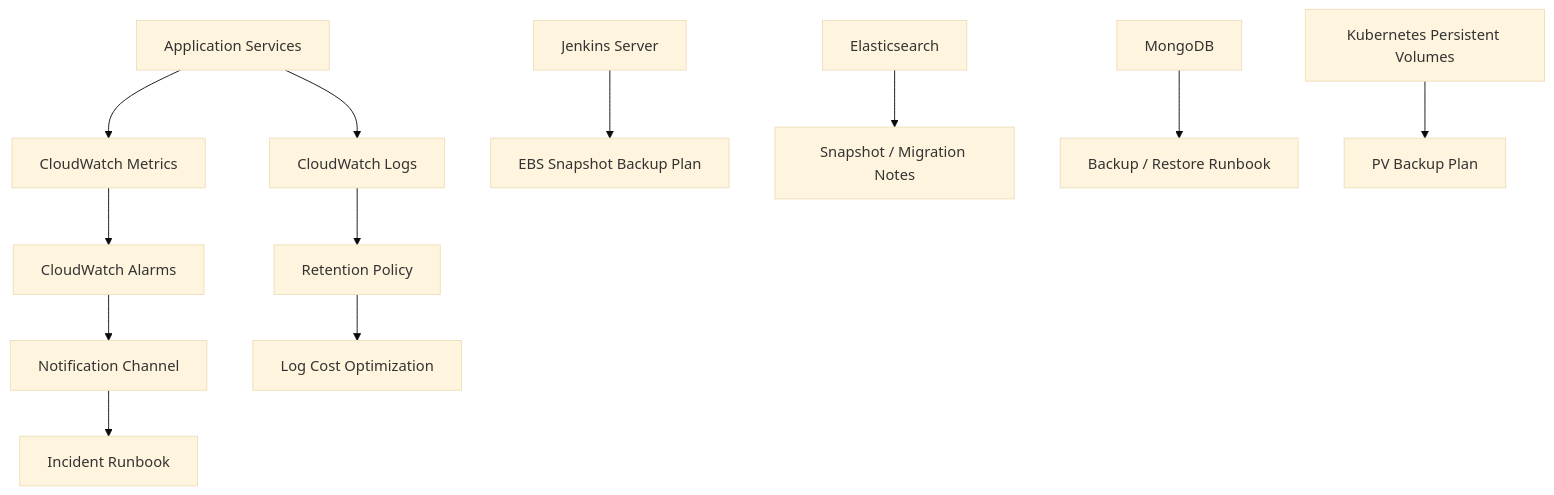
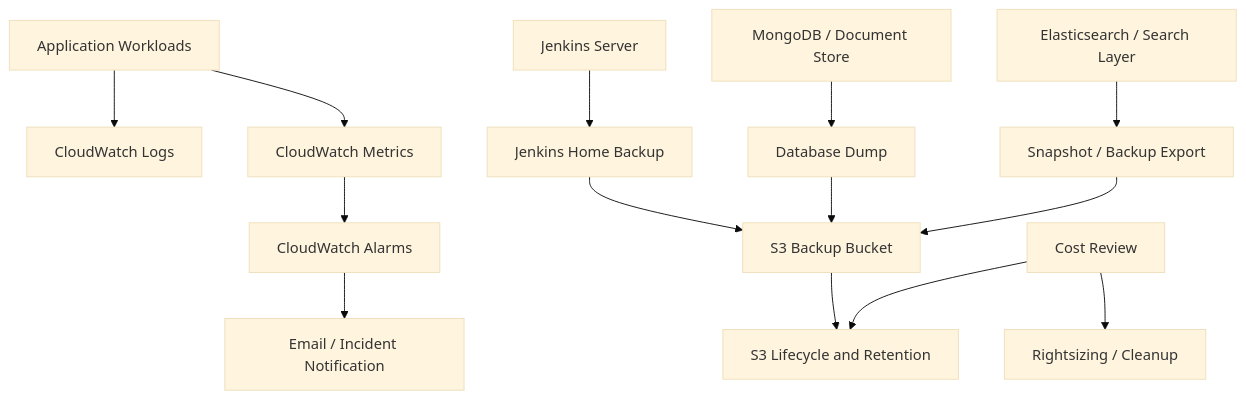
Before and after one commit to saurabhdindokar/saurabhdindokar.github.io: the diagram in project-pocs/03-smart-building-monitoring-backup-poc.md, drawn with Mermaid (base theme). The commit also changed other lines of this file and 28 other files, not shown here.

````diff
--- a/project-pocs/03-smart-building-monitoring-backup-poc.md
+++ b/project-pocs/03-smart-building-monitoring-backup-poc.md
@@ -17,14 +24,16 @@
 ```mermaid
 flowchart TB
-  Apps[Application Services] --> CWLogs[CloudWatch Logs]
-  Apps --> CWMetrics[CloudWatch Metrics]
-  CWLogs --> Retention[Retention Policy]
-  CWMetrics --> Alarms[CloudWatch Alarms]
-  Alarms --> Notify[Notification Channel]
-  Jenkins[Jenkins Server] --> EBSSnapshots[EBS Snapshot Backup Plan]
-  ES[Elasticsearch] --> ESSnapshot[Snapshot / Migration Notes]
-  Mongo[MongoDB] --> MongoDump[Backup / Restore Runbook]
-  PV[Kubernetes Persistent Volumes] --> PVBackup[PV Backup Plan]
-  Retention --> Cost[Log Cost Optimization]
-  Notify --> Runbook[Incident Runbook]
+  Apps[Application Workloads] --> Logs[CloudWatch Logs]
+  Apps --> Metrics[CloudWatch Metrics]
+  Metrics --> Alarms[CloudWatch Alarms]
+  Alarms --> Notify[Email / Incident Notification]
+  Jenkins[Jenkins Server] --> JenkinsBackup[Jenkins Home Backup]
+  Mongo[MongoDB / Document Store] --> DbDump[Database Dump]
+  Search[Elasticsearch / Search Layer] --> Snapshot[Snapshot / Backup Export]
+  JenkinsBackup --> S3[S3 Backup Bucket]
+  DbDump --> S3
+  Snapshot --> S3
+  S3 --> Lifecycle[S3 Lifecycle and Retention]
+  Cost[Cost Review] --> Rightsize[Rightsizing / Cleanup]
+  Cost --> Lifecycle
 ```
````
